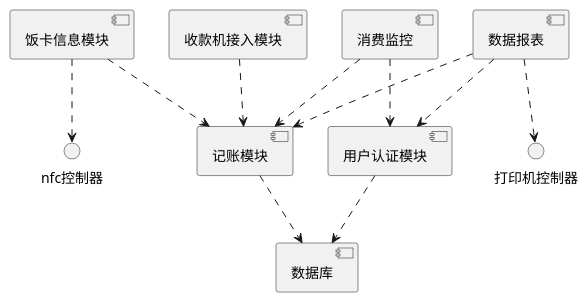
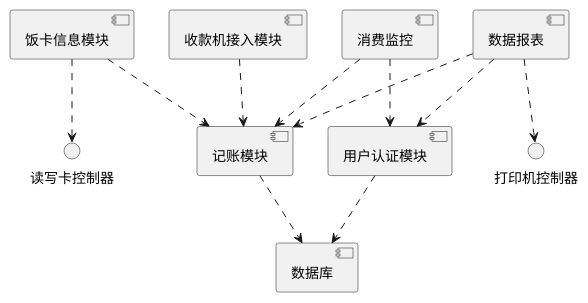
One commit to cxl086/architectCampus changed the second of 3 diagrams in week1/作业.md. Above: the diagram before and after it, drawn with PlantUML. The commit also changed other lines of this file, not shown here.

Commit message:
deploy uml.

````diff
--- a/week1/作业.md
+++ b/week1/作业.md
@@ -41,26 +41,26 @@
 ```plantuml
 @startuml
 
-() "nfc控制器" as nfc
+() "读写卡控制器" as nfc
 () "打印机控制器" as printer
 [用户认证模块] as auth 
 [饭卡信息模块] as card 
 [收款机接入模块] as cashier
 [记账模块] as trade
 [数据库] as db
 [消费监控] as web
 [数据报表] as report
 
 web ..> trade
 report ..> printer
 report ..> trade
 card ..> nfc
 card ..> trade
 cashier ..> trade
 web ..> auth
 report ..> auth
 auth ..> db
 trade ..> db
 
 @enduml
 ```
````
